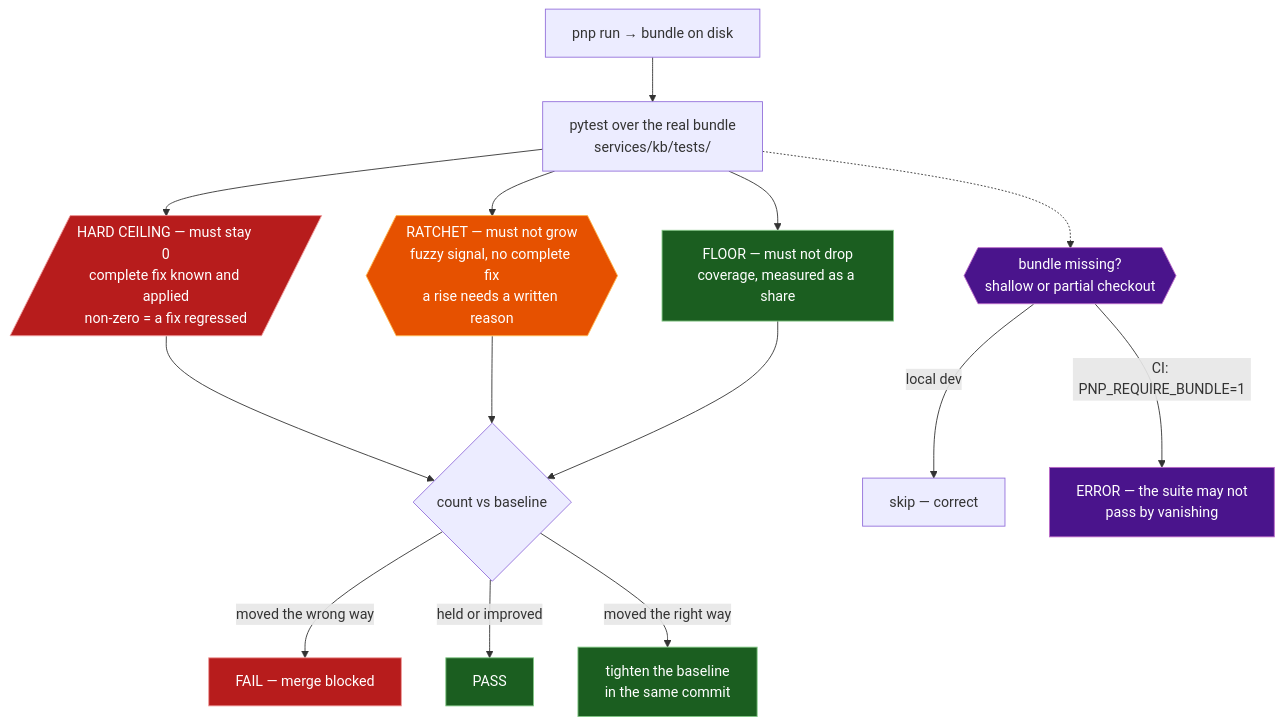
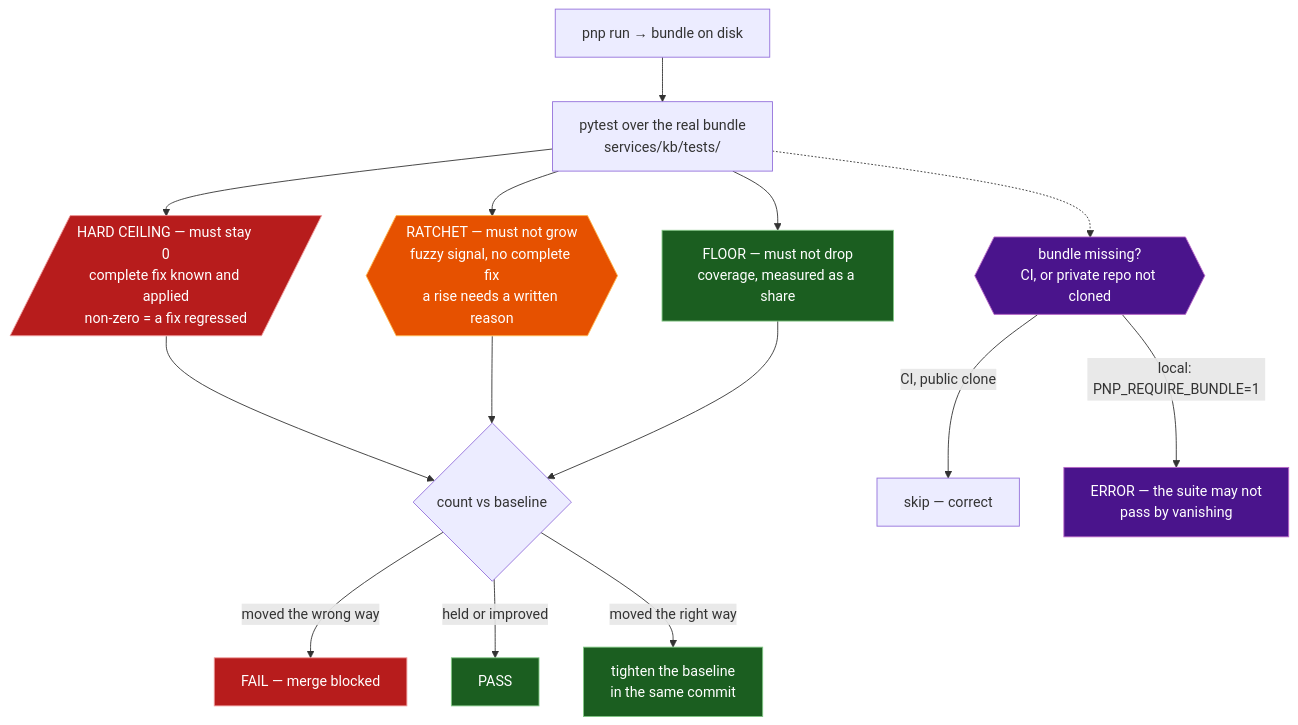
One commit to TimTyriell/pnp-knowledge changed the diagram in docs/QUALITY.md. Above: the diagram before and after it, drawn with Mermaid. The commit also changed 1237 other files, not shown here.

First line of the commit message:
Scrub claim windows only; move knowledge/ to its own private repo (#35)

````diff
--- a/docs/QUALITY.md
+++ b/docs/QUALITY.md
@@ -52,25 +52,25 @@
 ```mermaid
 flowchart TB
     classDef hard fill:#b71c1c,stroke:#ef9a9a,color:#fff
     classDef ratchet fill:#e65100,stroke:#ffb74d,color:#fff
     classDef floor fill:#1b5e20,stroke:#81c784,color:#fff
     classDef guard fill:#4a148c,stroke:#ba68c8,color:#fff
 
     RUN["pnp run → bundle on disk"] --> SUITE["pytest over the real bundle<br/>services/kb/tests/"]
 
     SUITE --> H[/"HARD CEILING — must stay 0<br/>complete fix known and applied<br/>non-zero = a fix regressed"/]:::hard
     SUITE --> R{{"RATCHET — must not grow<br/>fuzzy signal, no complete fix<br/>a rise needs a written reason"}}:::ratchet
     SUITE --> F["FLOOR — must not drop<br/>coverage, measured as a share"]:::floor
 
     H --> V{"count vs baseline"}
     R --> V
     F --> V
     V -->|"moved the wrong way"| FAIL["FAIL — merge blocked"]:::hard
     V -->|"held or improved"| PASS["PASS"]:::floor
     V -->|"moved the right way"| TIGHTEN["tighten the baseline<br/>in the same commit"]:::floor
 
-    NOBUNDLE{{"bundle missing?<br/>shallow or partial checkout"}}:::guard
+    NOBUNDLE{{"bundle missing?<br/>CI, or private repo not cloned"}}:::guard
     SUITE -.-> NOBUNDLE
-    NOBUNDLE -->|"local dev"| SKIP["skip — correct"]
-    NOBUNDLE -->|"CI: PNP_REQUIRE_BUNDLE=1"| HARDFAIL["ERROR — the suite may not<br/>pass by vanishing"]:::guard
+    NOBUNDLE -->|"CI, public clone"| SKIP["skip — correct"]
+    NOBUNDLE -->|"local: PNP_REQUIRE_BUNDLE=1"| HARDFAIL["ERROR — the suite may not<br/>pass by vanishing"]:::guard
 ```
````
